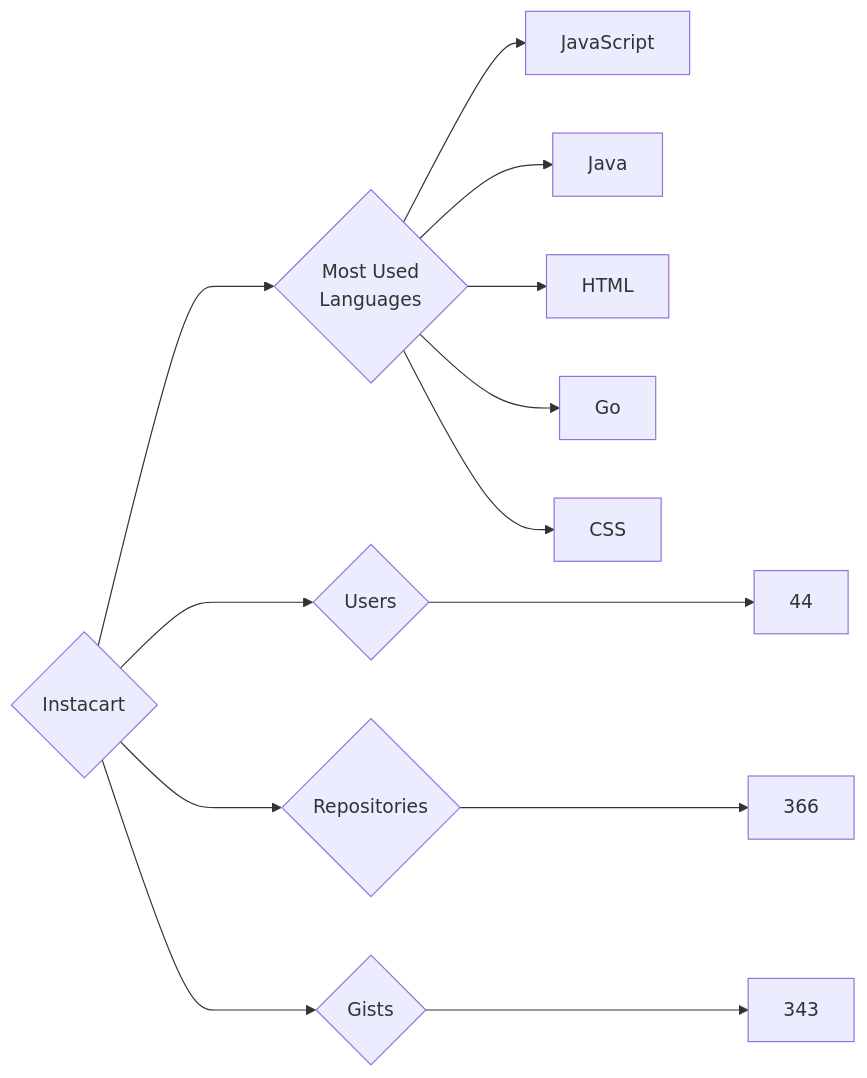
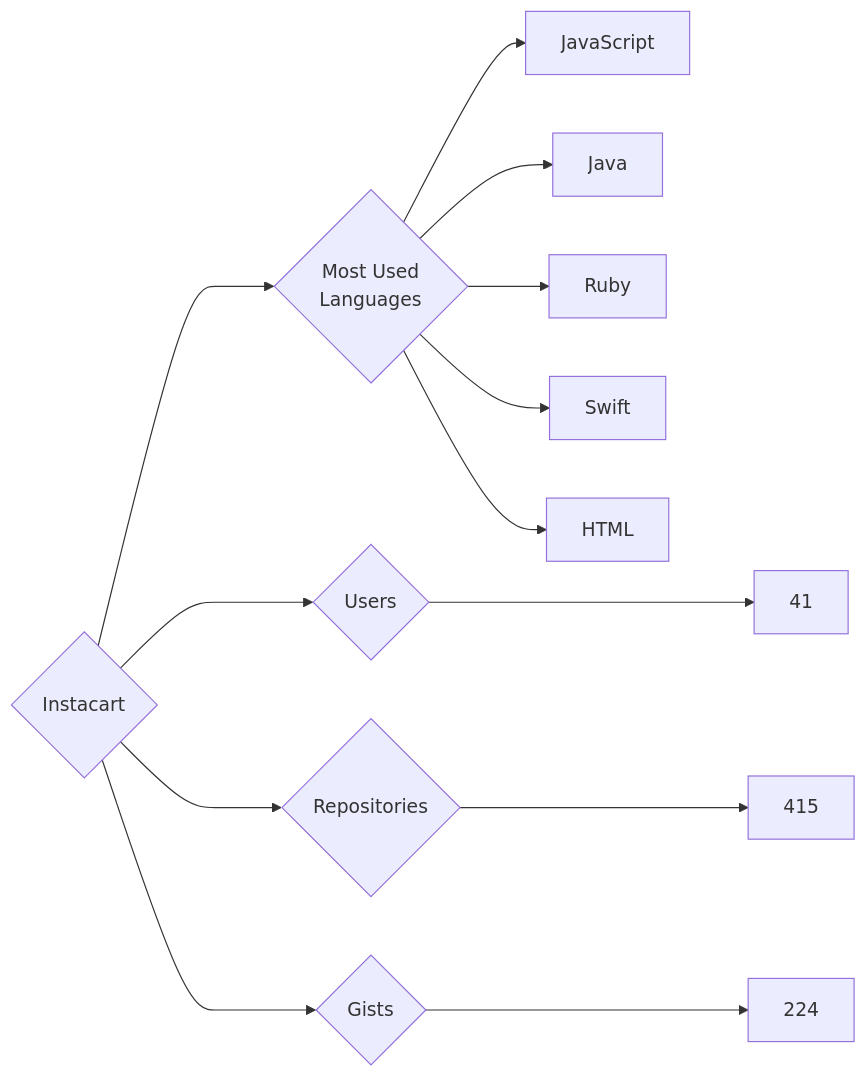
Before and after one commit to trickest/insiders: the diagram in targets/Instacart/README.md, drawn with Mermaid. The commit also changed 870 other files, not shown here.

````diff
--- a/targets/Instacart/README.md
+++ b/targets/Instacart/README.md
@@ -3,13 +3,13 @@
 ```mermaid
 graph LR
 COMPANY_NAME{Instacart}
-COMPANY_NAME ---> U{Users} ---> UN[44]
-COMPANY_NAME ---> R{Repositories} ---> RN[366]
-COMPANY_NAME ---> G{Gists} ---> GN[343]
+COMPANY_NAME ---> U{Users} ---> UN[41]
+COMPANY_NAME ---> R{Repositories} ---> RN[415]
+COMPANY_NAME ---> G{Gists} ---> GN[224]
 COMPANY_NAME ---> ML{Most Used<br>Languages}
 ML --> JavaScript[JavaScript]
 ML --> Java[Java]
+ML --> Ruby[Ruby]
+ML --> Swift[Swift]
 ML --> HTML[HTML]
-ML --> Go[Go]
-ML --> CSS[CSS]
 ```
````
